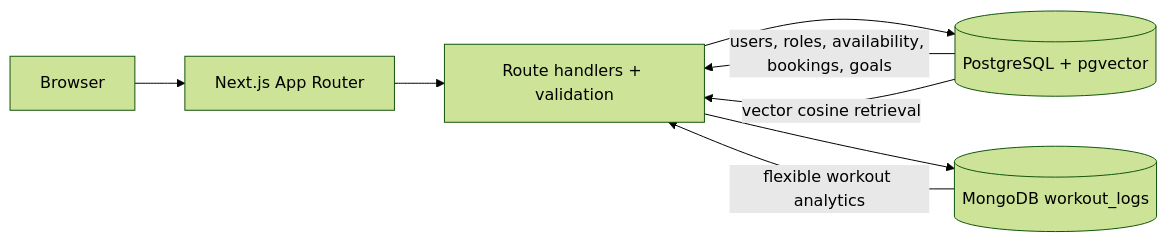
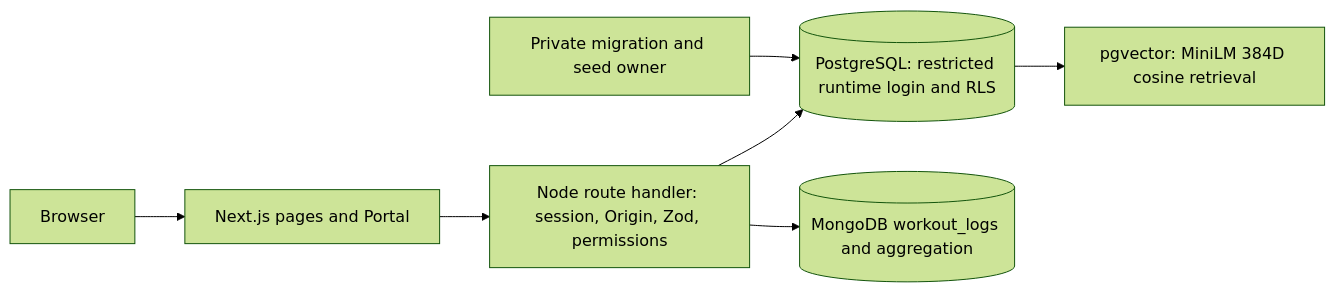
Before and after one commit to ChiragBasanth/dbms_mini_project_pulsefit: the diagram in docs/architecture/overview.md, drawn with Mermaid (forest theme). The commit also changed other lines of this file and 52 other files, not shown here.

````diff
--- a/docs/architecture/overview.md
+++ b/docs/architecture/overview.md
@@ -3,10 +3,9 @@
 ```mermaid
 flowchart LR
-  Browser --> Next[Next.js App Router]
-  Next --> API[Route handlers + validation]
-  API --> PG[(PostgreSQL + pgvector)]
-  API --> MDB[(MongoDB workout_logs)]
-  PG -->|users, roles, availability, bookings, goals| API
-  PG -->|vector cosine retrieval| API
-  MDB -->|flexible workout analytics| API
+ Browser --> Next[Next.js pages and Portal]
+ Next --> API[Node route handler: session, Origin, Zod, permissions]
+ API --> PG[(PostgreSQL: restricted runtime login and RLS)]
+ API --> Mongo[(MongoDB workout_logs and aggregation)]
+ PG --> Vector[pgvector: MiniLM 384D cosine retrieval]
+ Owner[Private migration and seed owner] --> PG
 ```
````
